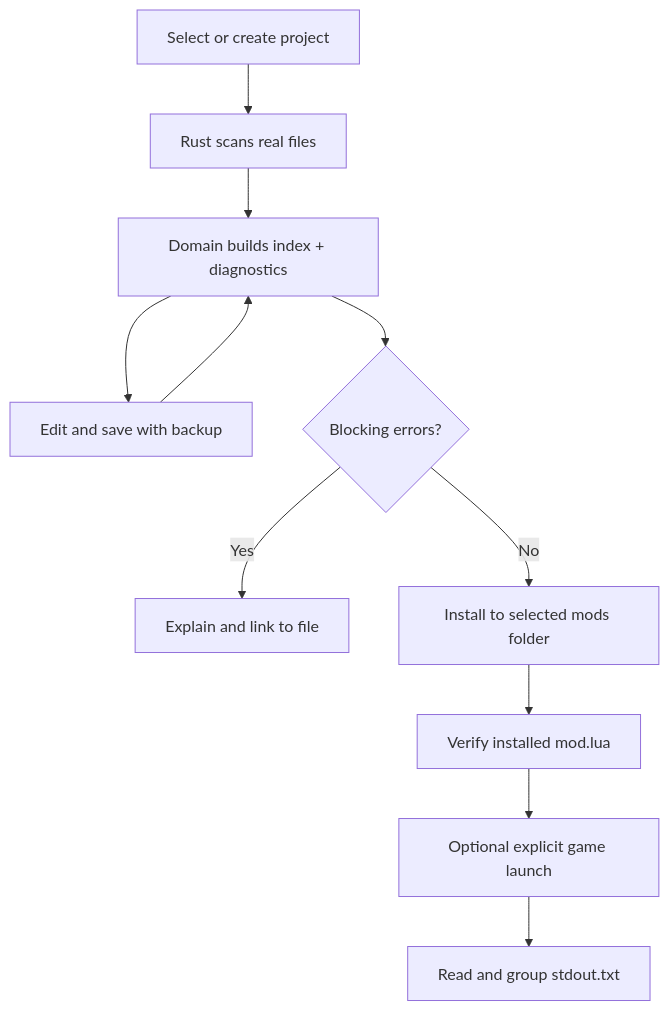
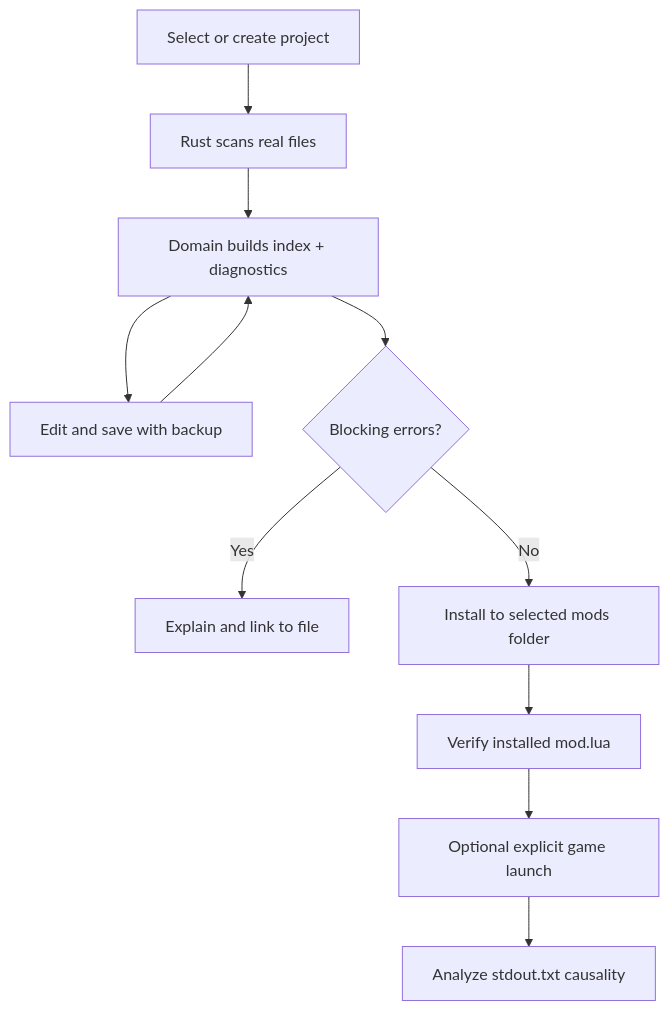
One commit to CeberusOne/Tpf2-Mod-Studio changed the diagram in docs/architecture.md. Above: the diagram before and after it, drawn with Mermaid. The commit also changed other lines of this file and 24 other files, not shown here.

````diff
--- a/docs/architecture.md
+++ b/docs/architecture.md
@@ -15,13 +15,13 @@
 ```mermaid
 flowchart TD
   A["Select or create project"] --> B["Rust scans real files"]
   B --> C["Domain builds index + diagnostics"]
   C --> D["Edit and save with backup"]
   D --> C
   C --> E{"Blocking errors?"}
   E -- Yes --> F["Explain and link to file"]
   E -- No --> G["Install to selected mods folder"]
   G --> H["Verify installed mod.lua"]
   H --> I["Optional explicit game launch"]
-  I --> J["Read and group stdout.txt"]
+  I --> J["Analyze stdout.txt causality"]
 ```
````
